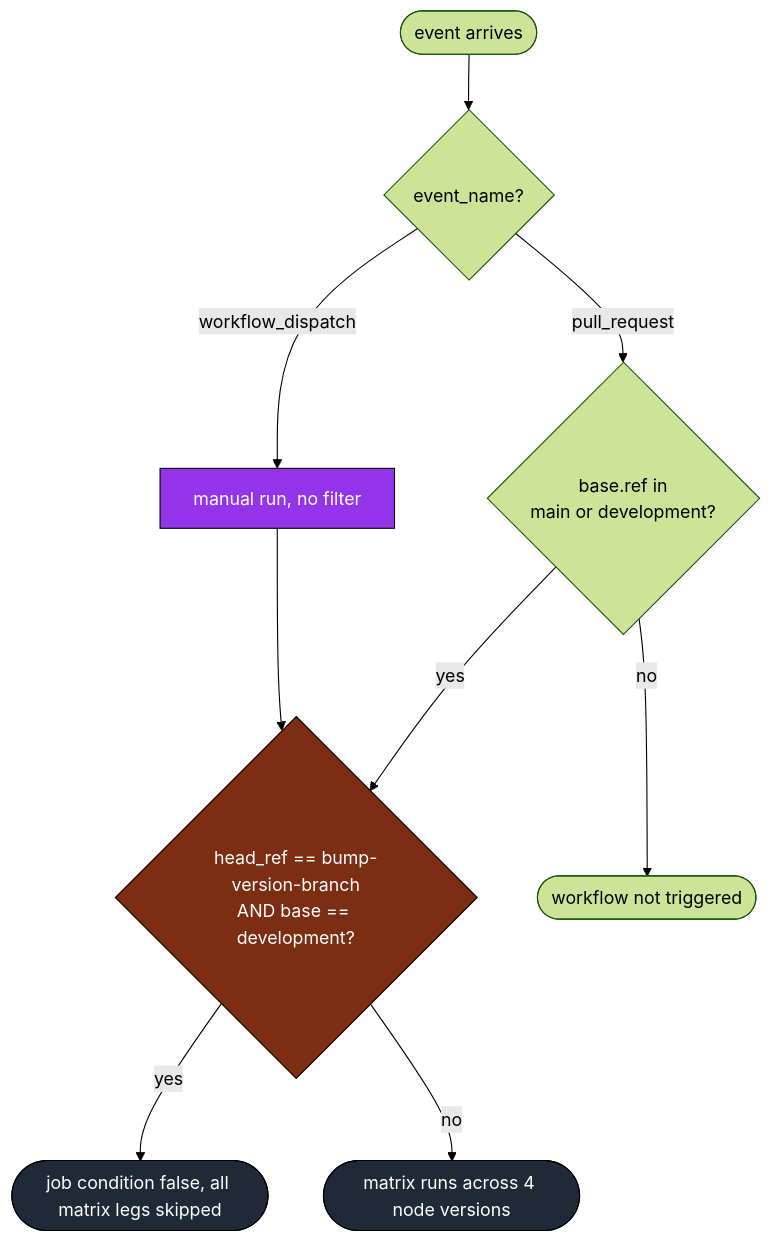
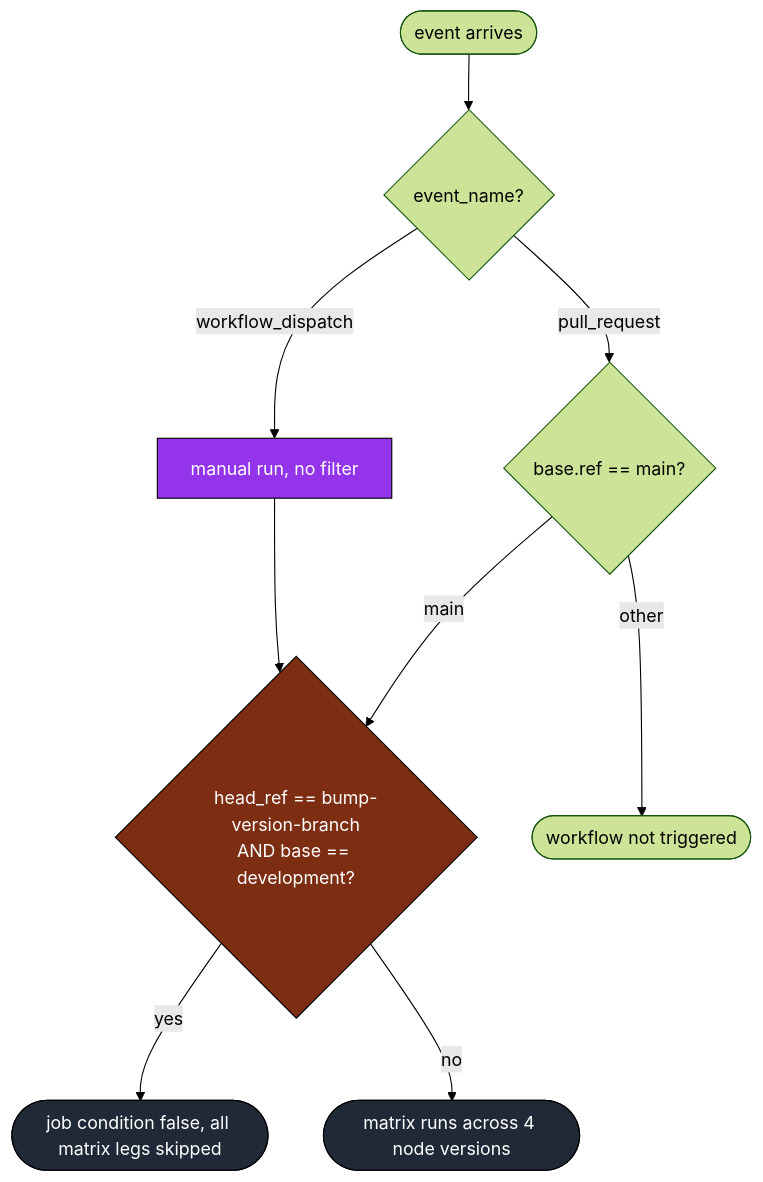
One commit to gregreindel/llm-exe changed the second of 9 diagrams in .github/docs/TESTS_DEEP_DIVE.md. Above: the diagram before and after it, drawn with Mermaid (forest theme). The commit also changed other lines of this file and 5 other files, not shown here.

````diff
--- a/.github/docs/TESTS_DEEP_DIVE.md
+++ b/.github/docs/TESTS_DEEP_DIVE.md
@@ -83,22 +83,22 @@
 ```mermaid
 flowchart TB
     classDef pr fill:#0e7490,color:#fff,stroke:#000
     classDef manual fill:#9333ea,color:#fff,stroke:#000
     classDef gate fill:#7c2d12,color:#fff,stroke:#000
     classDef out fill:#1f2937,color:#fff,stroke:#000
 
     start([event arrives])
     start --> ev{event_name?}
 
-    ev -->|pull_request| pr1{base.ref in\nmain or development?}
+    ev -->|pull_request| pr1{base.ref == main?}
     ev -->|workflow_dispatch| disp[manual run, no filter]:::manual
 
-    pr1 -->|yes| bypass
-    pr1 -->|no| ignore([workflow not triggered])
+    pr1 -->|main| bypass
+    pr1 -->|other| ignore([workflow not triggered])
 
     disp --> bypass
 
     bypass{head_ref == bump-version-branch\nAND base == development?}:::gate
     bypass -->|yes| skipJob([job condition false, all matrix legs skipped]):::out
     bypass -->|no| runJob([matrix runs across 4 node versions]):::out
 ```
````
